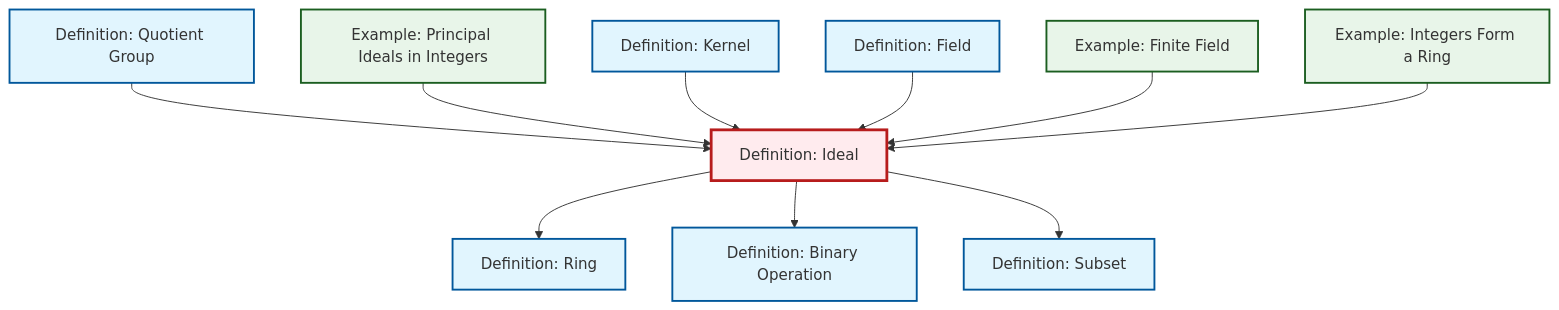
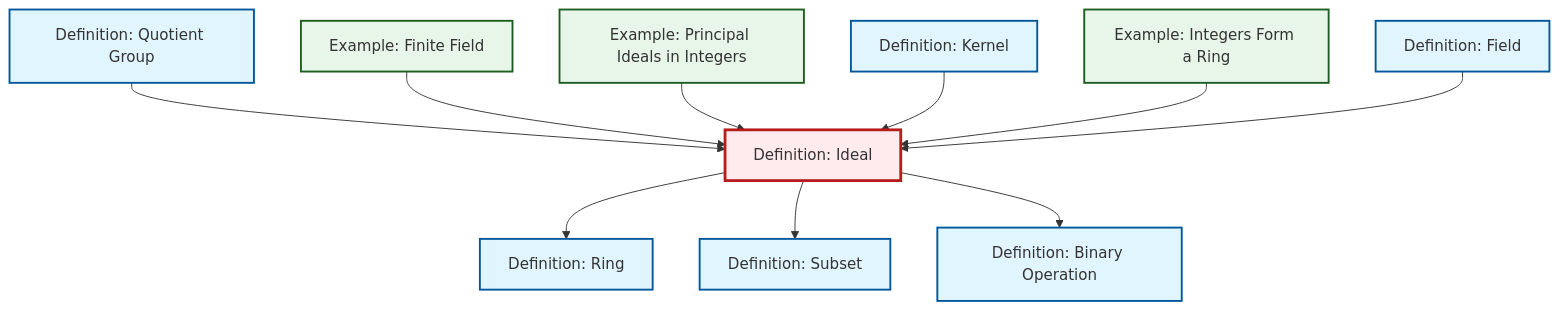
One commit to RK0429/ModernMath changed the diagram in content/en/algebra/def-ideal.qmd. Above: the diagram before and after it, drawn with Mermaid. The commit also changed other lines of this file and 531 other files, not shown here.

````diff
--- a/content/en/algebra/def-ideal.qmd
+++ b/content/en/algebra/def-ideal.qmd
@@ -79,38 +79,38 @@
 ```{mermaid}
 %%| fig-cap: "Local dependency graph"
 graph TD
     classDef definition fill:#e1f5fe,stroke:#01579b,stroke-width:2px
     classDef theorem fill:#f3e5f5,stroke:#4a148c,stroke-width:2px
     classDef axiom fill:#fff3e0,stroke:#e65100,stroke-width:2px
     classDef example fill:#e8f5e9,stroke:#1b5e20,stroke-width:2px
     classDef current fill:#ffebee,stroke:#b71c1c,stroke-width:3px
-    def-subset["Definition: Subset"]:::definition
-    def-kernel["Definition: Kernel"]:::definition
     def-ideal["Definition: Ideal"]:::definition
+    ex-finite-field["Example: Finite Field"]:::example
+    def-quotient-group["Definition: Quotient Group"]:::definition
     def-field["Definition: Field"]:::definition
-    ex-principal-ideal["Example: Principal Ideals in Integers"]:::example
-    def-quotient-group["Definition: Quotient Group"]:::definition
+    ex-integers-ring["Example: Integers Form a Ring"]:::example
     def-binary-operation["Definition: Binary Operation"]:::definition
     def-ring["Definition: Ring"]:::definition
-    ex-finite-field["Example: Finite Field"]:::example
-    ex-integers-ring["Example: Integers Form a Ring"]:::example
+    ex-principal-ideal["Example: Principal Ideals in Integers"]:::example
+    def-kernel["Definition: Kernel"]:::definition
+    def-subset["Definition: Subset"]:::definition
+    def-ideal --> def-ring
     def-quotient-group --> def-ideal
-    def-ideal --> def-ring
+    def-ideal --> def-subset
+    ex-finite-field --> def-ideal
     ex-principal-ideal --> def-ideal
+    def-kernel --> def-ideal
     def-ideal --> def-binary-operation
-    def-ideal --> def-subset
-    def-kernel --> def-ideal
+    ex-integers-ring --> def-ideal
     def-field --> def-ideal
-    ex-finite-field --> def-ideal
-    ex-integers-ring --> def-ideal
     class def-ideal current
-    click def-subset "def-subset.html" "Go to Subset definition"
-    click def-kernel "def-kernel.html" "Go to Kernel definition"
+    click ex-finite-field "ex-finite-field.html" "Go to Finite Field example"
+    click def-quotient-group "def-quotient-group.html" "Go to Quotient Group definition"
     click def-field "def-field.html" "Go to Field definition"
-    click ex-principal-ideal "ex-principal-ideal.html" "Go to Principal Ideals in Integers example"
-    click def-quotient-group "def-quotient-group.html" "Go to Quotient Group definition"
+    click ex-integers-ring "ex-integers-ring.html" "Go to Integers Form a Ring example"
     click def-binary-operation "def-binary-operation.html" "Go to Binary Operation definition"
     click def-ring "def-ring.html" "Go to Ring definition"
-    click ex-finite-field "ex-finite-field.html" "Go to Finite Field example"
-    click ex-integers-ring "ex-integers-ring.html" "Go to Integers Form a Ring example"
+    click ex-principal-ideal "ex-principal-ideal.html" "Go to Principal Ideals in Integers example"
+    click def-kernel "def-kernel.html" "Go to Kernel definition"
+    click def-subset "def-subset.html" "Go to Subset definition"
 ```
````
